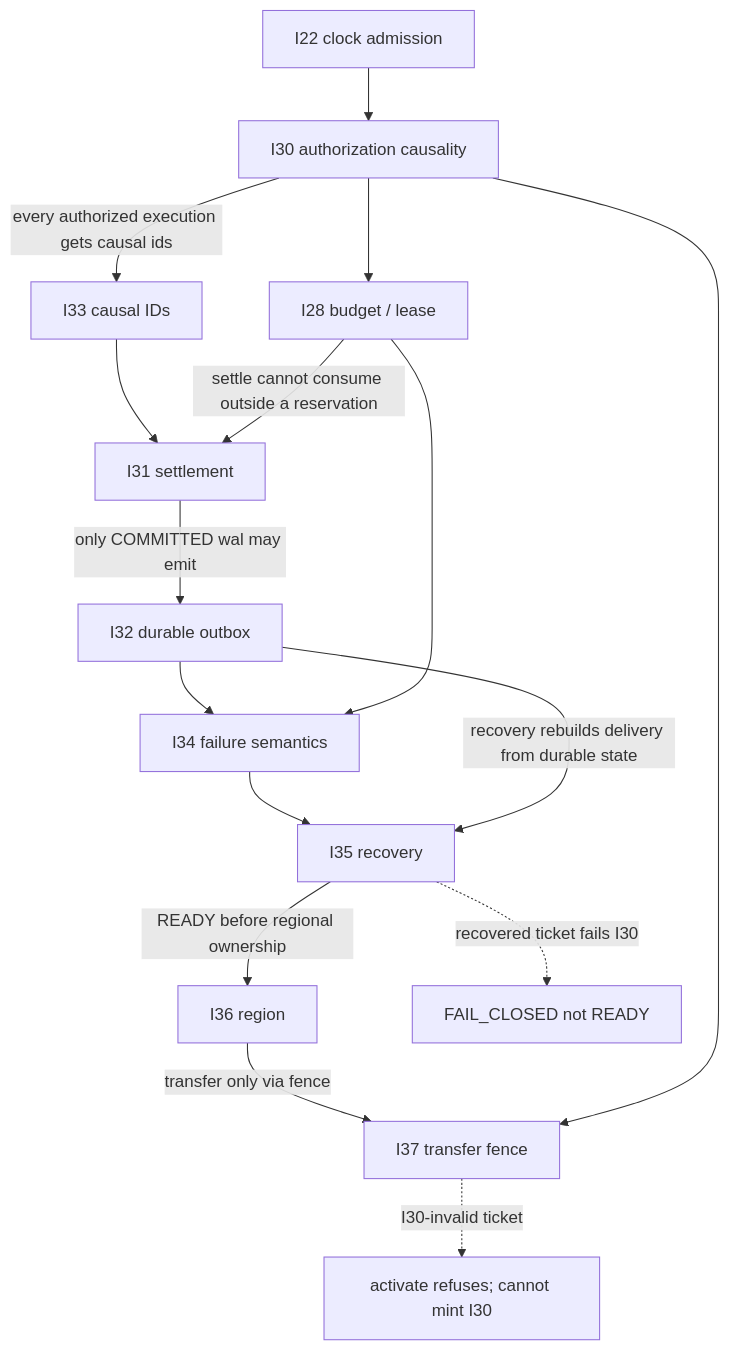
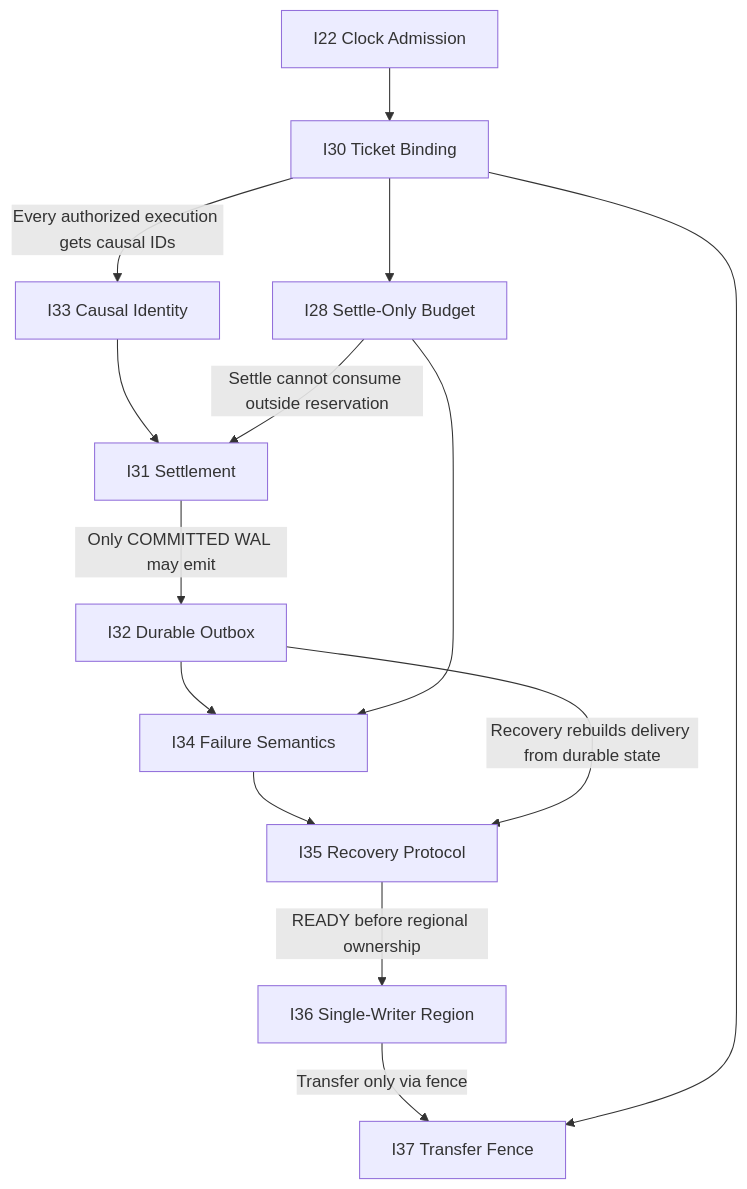
One commit to AviralGup7/Singularity-Zero changed diagram 17 of 29 in docs/flowchart.md. Above: the diagram before and after it, drawn with Mermaid. The commit also changed other lines of this file and 6 other files, not shown here.

Commit message:
feat(atlas): complete atlas audit hardening, code improvements, invariant registry, and charts F-034..F-045

````diff
--- a/docs/flowchart.md
+++ b/docs/flowchart.md
@@ -631,18 +732,16 @@
 ```mermaid
 flowchart TD
-    I22["I22 clock admission"] --> I30g["I30 authorization causality"]
-    I30g -->|"every authorized execution gets causal ids"| I33g["I33 causal IDs"]
-    I30g --> I28g["I28 budget / lease"]
-    I33g --> I31g["I31 settlement"]
-    I28g -->|"settle cannot consume outside a reservation"| I31g
-    I31g -->|"only COMMITTED wal may emit"| I32g["I32 durable outbox"]
-    I32g --> I34g["I34 failure semantics"]
+    I22["I22 Clock Admission"]:::impl --> I30g["I30 Ticket Binding"]:::impl
+    I30g -->|"Every authorized execution gets causal IDs"| I33g["I33 Causal Identity"]:::impl
+    I30g --> I28g["I28 Settle-Only Budget"]:::impl
+    I33g --> I31g["I31 Settlement"]:::impl
+    I28g -->|"Settle cannot consume outside reservation"| I31g
+    I31g -->|"Only COMMITTED WAL may emit"| I32g["I32 Durable Outbox"]:::impl
+    I32g --> I34g["I34 Failure Semantics"]:::impl
     I28g --> I34g
-    I34g --> I35g["I35 recovery"]
-    I32g -->|"recovery rebuilds delivery from durable state"| I35g
-    I35g -->|"READY before regional ownership"| I36g["I36 region"]
-    I36g -->|"transfer only via fence"| I37g["I37 transfer fence"]
+    I34g --> I35g["I35 Recovery Protocol"]:::impl
+    I32g -->|"Recovery rebuilds delivery from durable state"| I35g
+    I35g -->|"READY before regional ownership"| I36g["I36 Single-Writer Region"]:::impl
+    I36g -->|"Transfer only via fence"| I37g["I37 Transfer Fence"]:::impl
     I30g --> I37g
-    I35g -.->|"recovered ticket fails I30"| NoReady["FAIL_CLOSED not READY"]
-    I37g -.->|"I30-invalid ticket"| NoMint["activate refuses; cannot mint I30"]
 ```
````
